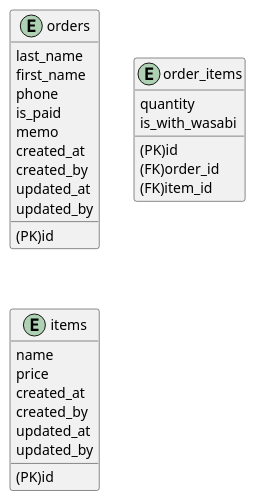
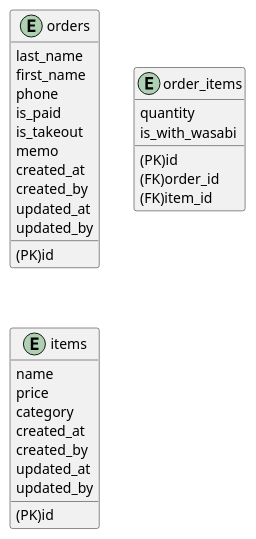
One commit to nyuusen/praha-challenge changed the diagram in db-modeling-1/課題1/tables.pu. Above: the diagram before and after it, drawn with PlantUML.

Commit message:
is_takeoutとcategoryを追加

```diff
--- a/db-modeling-1/課題1/tables.pu
+++ b/db-modeling-1/課題1/tables.pu
@@ -1,35 +1,37 @@
 @startuml
 
 
 entity orders {
    (PK)id
    last_name
    first_name
    phone
    is_paid
+   is_takeout
    memo
    created_at
    created_by
    updated_at
    updated_by
 }
 
 entity order_items {
    (PK)id
    (FK)order_id
    (FK)item_id
    quantity
    is_with_wasabi
 }
 
 entity items {
    (PK)id
    name
    price
+   category
    created_at
    created_by
    updated_at
    updated_by
 }
 
 @enduml
```
